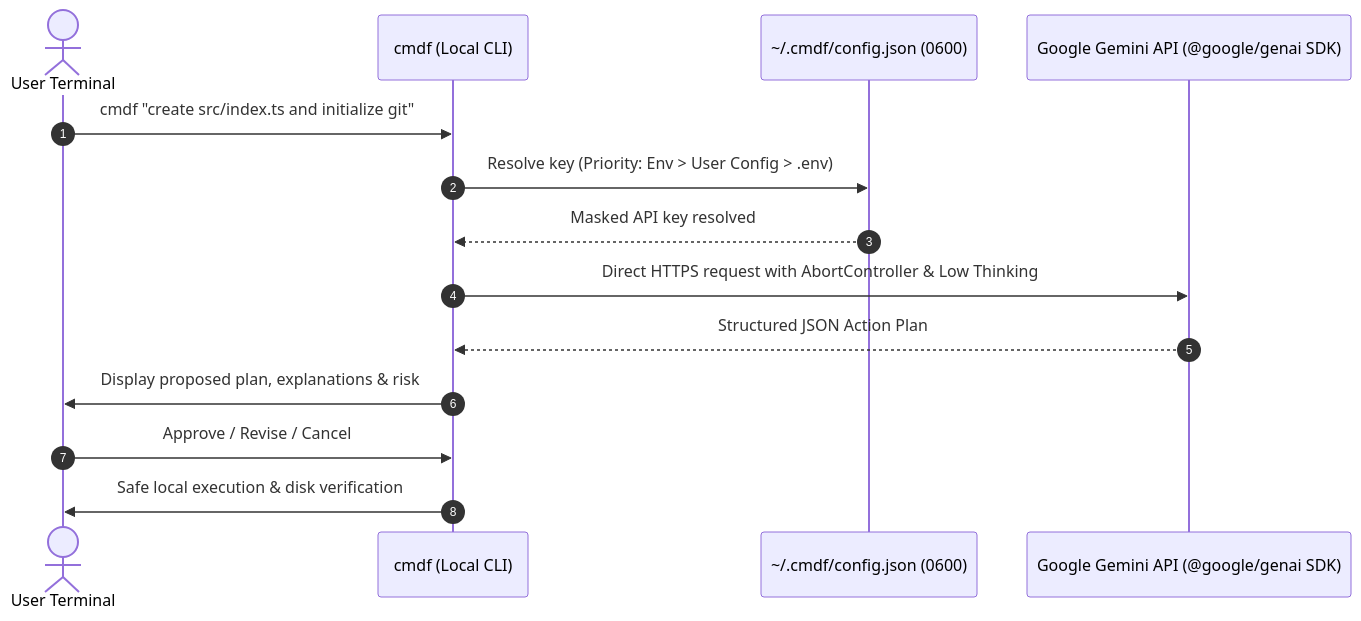
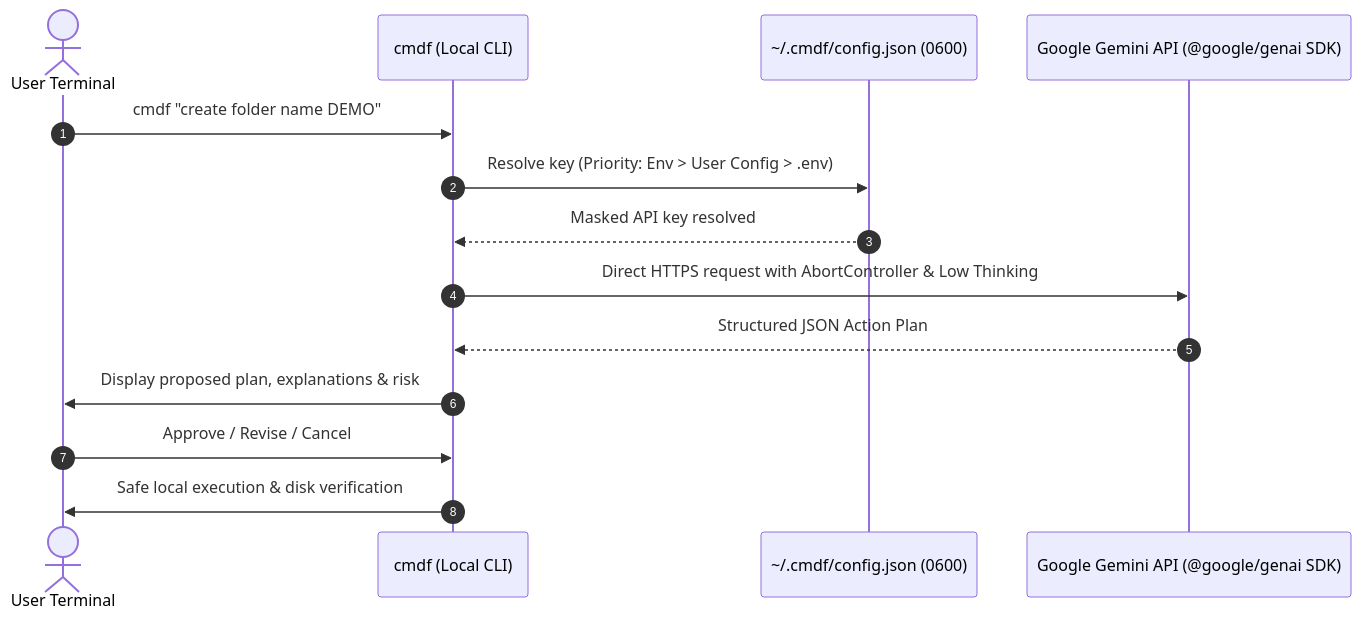
One commit to prashantxdev/cmdf changed the diagram in README.md. Above: the diagram before and after it, drawn with Mermaid. The commit also changed other lines of this file and 2 other files, not shown here.

Commit message:
docs: improve README structure and demo video

````diff
--- a/README.md
+++ b/README.md
@@ -66,17 +49,17 @@
 ```mermaid
 sequenceDiagram
     autonumber
     actor User as User Terminal
     participant CLI as cmdf (Local CLI)
     participant Config as ~/.cmdf/config.json (0600)
     participant Google as Google Gemini API (@google/genai SDK)
 
-    User->>CLI: cmdf "create src/index.ts and initialize git"
+    User->>CLI: cmdf "create folder name DEMO"
     CLI->>Config: Resolve key (Priority: Env > User Config > .env)
     Config-->>CLI: Masked API key resolved
     CLI->>Google: Direct HTTPS request with AbortController & Low Thinking
     Google-->>CLI: Structured JSON Action Plan
     CLI->>User: Display proposed plan, explanations & risk
     User->>CLI: Approve / Revise / Cancel
     CLI->>User: Safe local execution & disk verification
 ```
````
